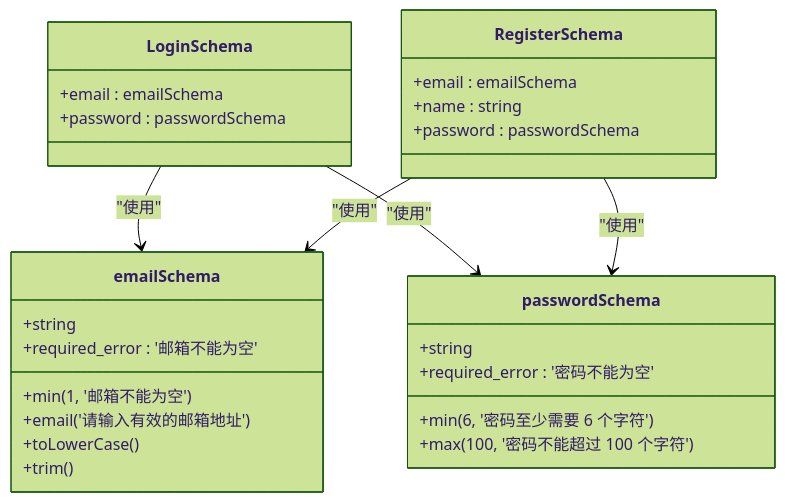
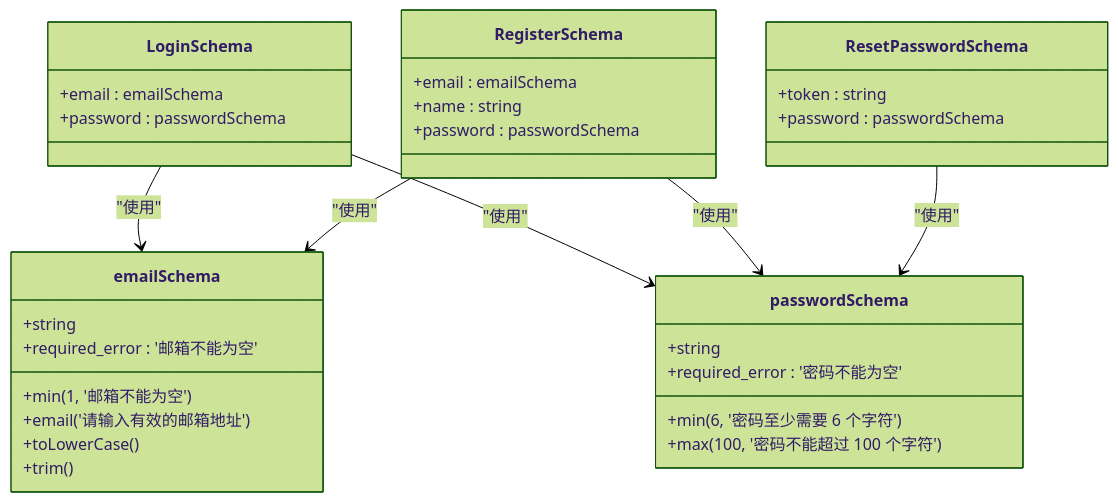
Before and after one commit to xixixiaoyu/vue3-nest-template: the third of 6 diagrams in .qoder/repowiki/zh/content/共享包.md, drawn with Mermaid (forest theme). The commit also changed other lines of this file and 5 other files, not shown here.

````diff
--- a/.qoder/repowiki/zh/content/共享包.md
+++ b/.qoder/repowiki/zh/content/共享包.md
@@ -108,30 +118,35 @@
 ```mermaid
 classDiagram
 class emailSchema {
 +string
 +required_error : '邮箱不能为空'
 +min(1, '邮箱不能为空')
 +email('请输入有效的邮箱地址')
 +toLowerCase()
 +trim()
 }
 class passwordSchema {
 +string
 +required_error : '密码不能为空'
 +min(6, '密码至少需要 6 个字符')
 +max(100, '密码不能超过 100 个字符')
 }
 class LoginSchema {
 +email : emailSchema
 +password : passwordSchema
 }
 class RegisterSchema {
 +email : emailSchema
 +name : string
 +password : passwordSchema
 }
+class ResetPasswordSchema {
++token : string
++password : passwordSchema
+}
 LoginSchema --> emailSchema : "使用"
 LoginSchema --> passwordSchema : "使用"
 RegisterSchema --> emailSchema : "使用"
 RegisterSchema --> passwordSchema : "使用"
+ResetPasswordSchema --> passwordSchema : "使用"
 ```
````
